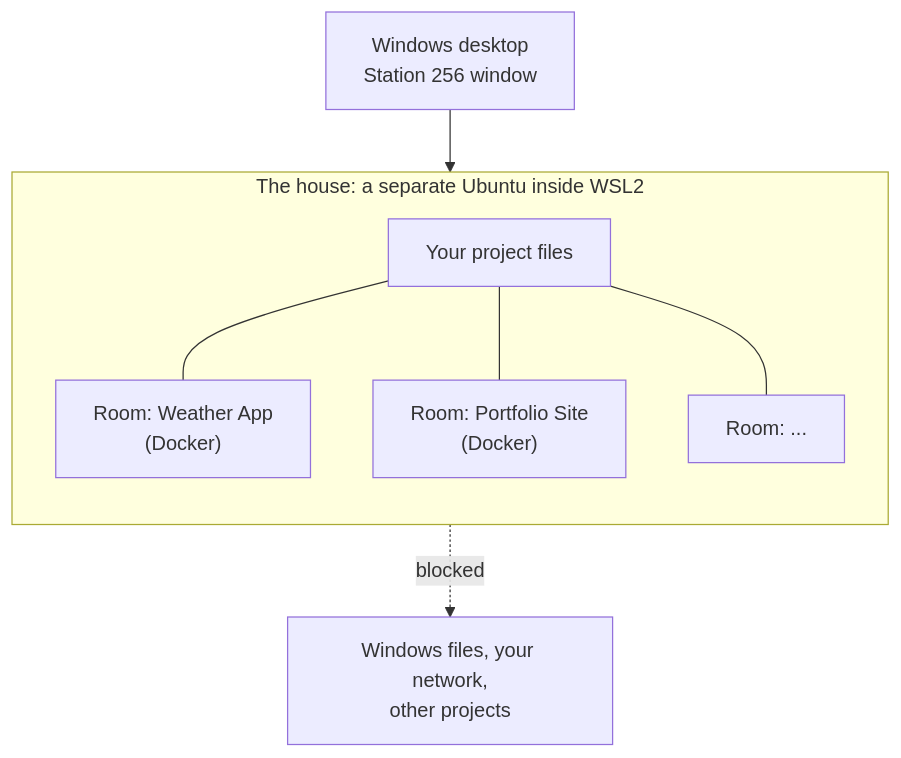
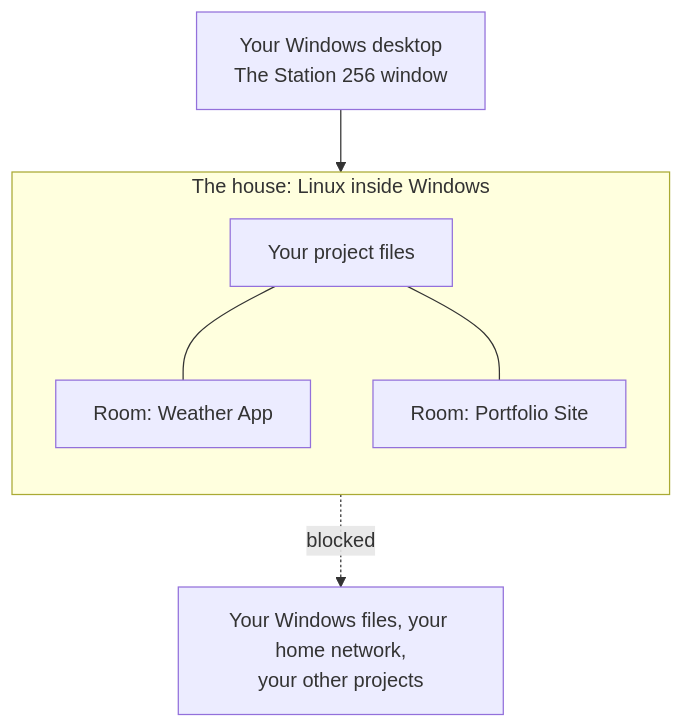
The diagram in README.md (cleaneramade/Station256), drawn with Mermaid before and after one commit. The commit also changed other lines of this file and 26 other files, not shown here.

````diff
--- a/README.md
+++ b/README.md
@@ -127,15 +130,13 @@
 ```mermaid
 flowchart TB
-    W["Windows desktop<br/>Station 256 window"] --> H
-    subgraph H["The house: a separate Ubuntu inside WSL2"]
+    W["Your Windows desktop<br/>The Station 256 window"] --> H
+    subgraph H["The house: Linux inside Windows"]
         direction TB
         P["Your project files"]
-        R1["Room: Weather App<br/>(Docker)"]
-        R2["Room: Portfolio Site<br/>(Docker)"]
-        R3["Room: ..."]
+        R1["Room: Weather App"]
+        R2["Room: Portfolio Site"]
         P --- R1
         P --- R2
-        P --- R3
     end
-    R1 -. "blocked" .-> X["Windows files, your network,<br/>other projects"]
+    R1 -. "blocked" .-> X["Your Windows files, your home network,<br/>your other projects"]
 ```
````
